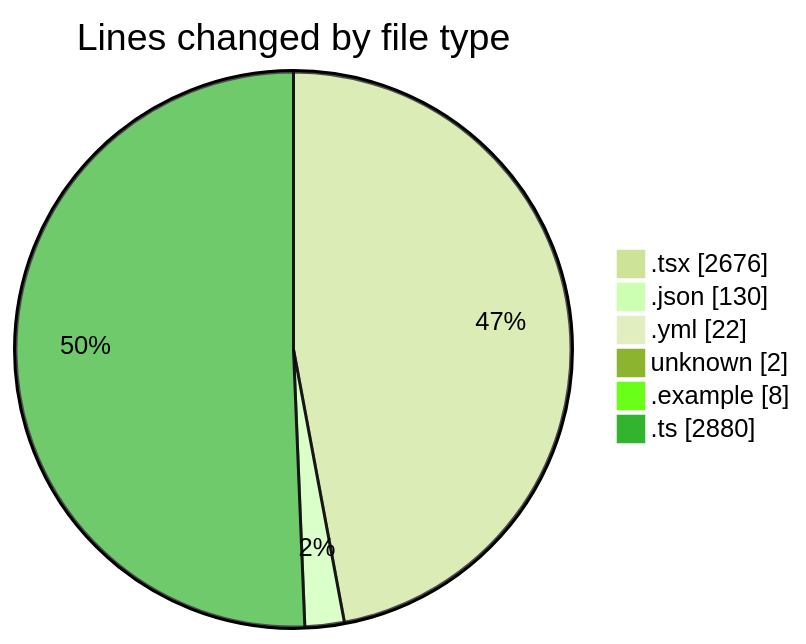
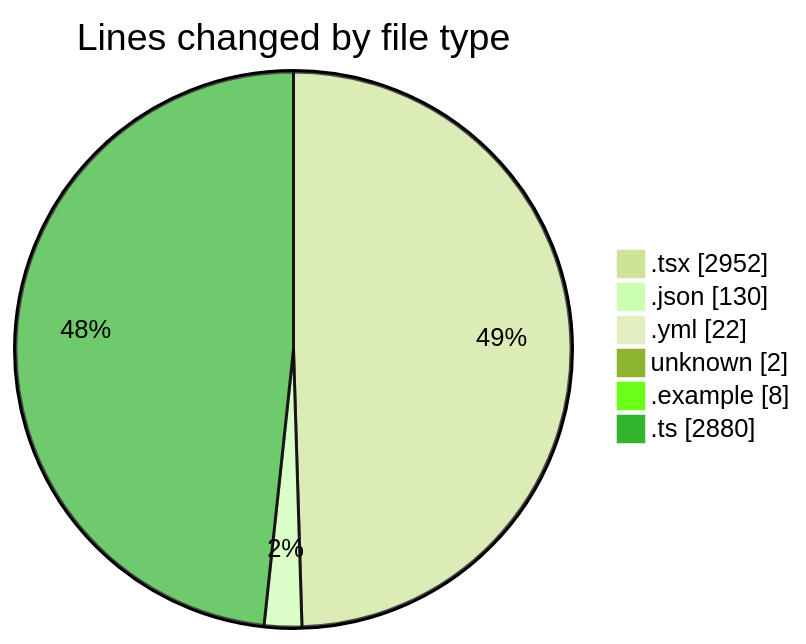
The first of 2 diagrams in 2025-11-21/eventscop-frontend-guide__workspace_/README.md (julien-gomy/code-tracking), drawn with Mermaid (forest theme) before and after one commit. The commit also changed other lines of this file and 1 other file, not shown here.

````diff
--- a/2025-11-21/eventscop-frontend-guide__workspace_/README.md
+++ b/2025-11-21/eventscop-frontend-guide__workspace_/README.md
@@ -59,10 +60,10 @@
 ```mermaid
 pie showData
 title Lines changed by file type
-".tsx" : 2676
+".tsx" : 2952
 ".json" : 130
 ".yml" : 22
 "unknown" : 2
 ".example" : 8
 ".ts" : 2880
 ```
````
